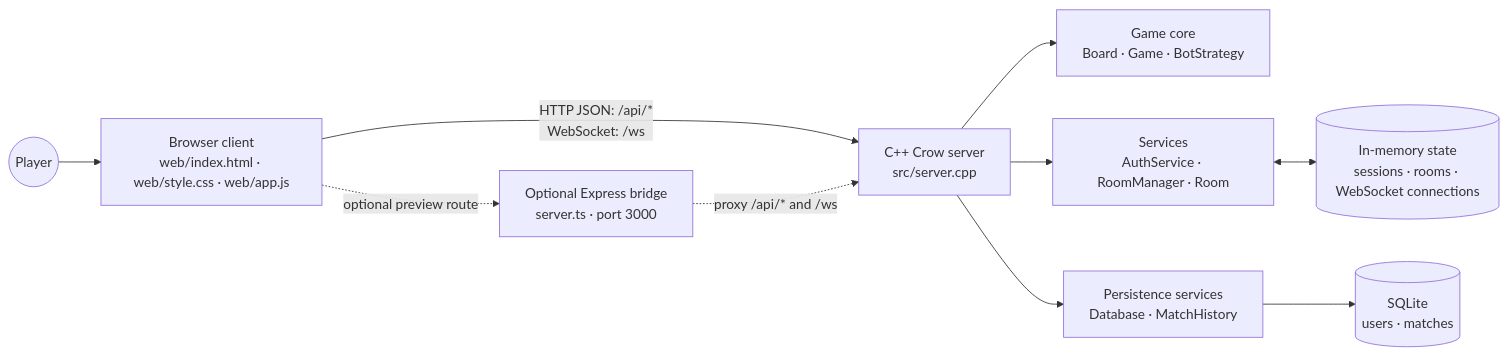
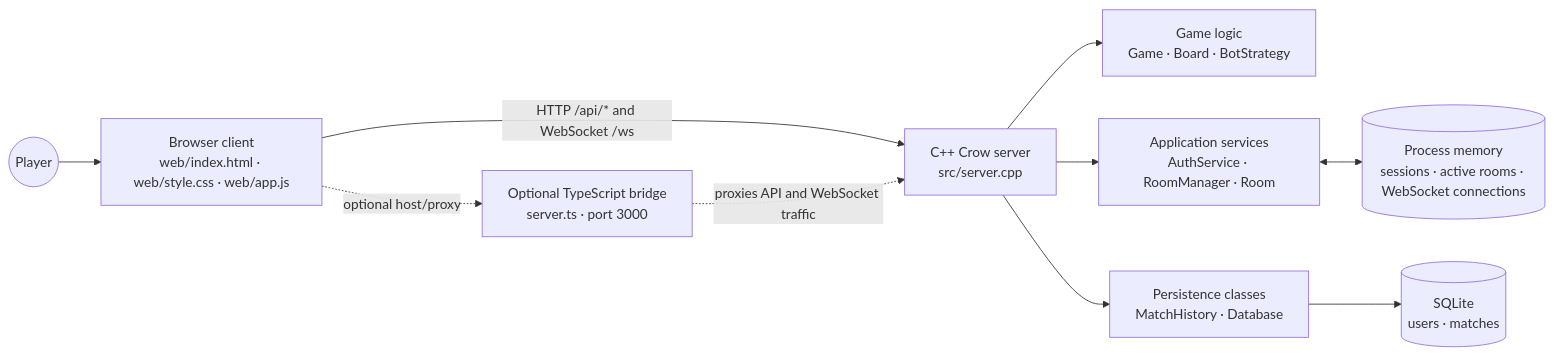
The first of 2 diagrams in UML.md (PradeepRaju-1512/AfterLight3), drawn with Mermaid before and after one commit. The commit also changed other lines of this file, not shown here.

Commit message:
Reduced some concepts in UML.md.

````diff
--- a/UML.md
+++ b/UML.md
@@ -9,22 +9,22 @@
 ```mermaid
 flowchart LR
-    User((Player))
+    Player((Player))
     Browser["Browser client<br/>web/index.html · web/style.css · web/app.js"]
-    Bridge["Optional Express bridge<br/>server.ts · port 3000"]
+    Bridge["Optional TypeScript bridge<br/>server.ts · port 3000"]
     Server["C++ Crow server<br/>src/server.cpp"]
-    Core["Game core<br/>Board · Game · BotStrategy"]
-    Services["Services<br/>AuthService · RoomManager · Room"]
-    Persistence["Persistence services<br/>Database · MatchHistory"]
-    Memory[("In-memory state<br/>sessions · rooms · WebSocket connections")]
+    GameCore["Game logic<br/>Game · Board · BotStrategy"]
+    Services["Application services<br/>AuthService · RoomManager · Room"]
+    Persistence["Persistence classes<br/>MatchHistory · Database"]
+    Memory[("Process memory<br/>sessions · active rooms · WebSocket connections")]
     SQLite[("SQLite<br/>users · matches")]
 
-    User --> Browser
-    Browser -->|"HTTP JSON: /api/*<br/>WebSocket: /ws"| Server
-    Browser -. "optional preview route" .-> Bridge
-    Bridge -. "proxy /api/* and /ws" .-> Server
-    Server --> Core
+    Player --> Browser
+    Browser -->|"HTTP /api/* and WebSocket /ws"| Server
+    Browser -. "optional host/proxy" .-> Bridge
+    Bridge -. "proxies API and WebSocket traffic" .-> Server
+    Server --> GameCore
     Server --> Services
     Server --> Persistence
     Services <--> Memory
     Persistence --> SQLite
 ```
````
